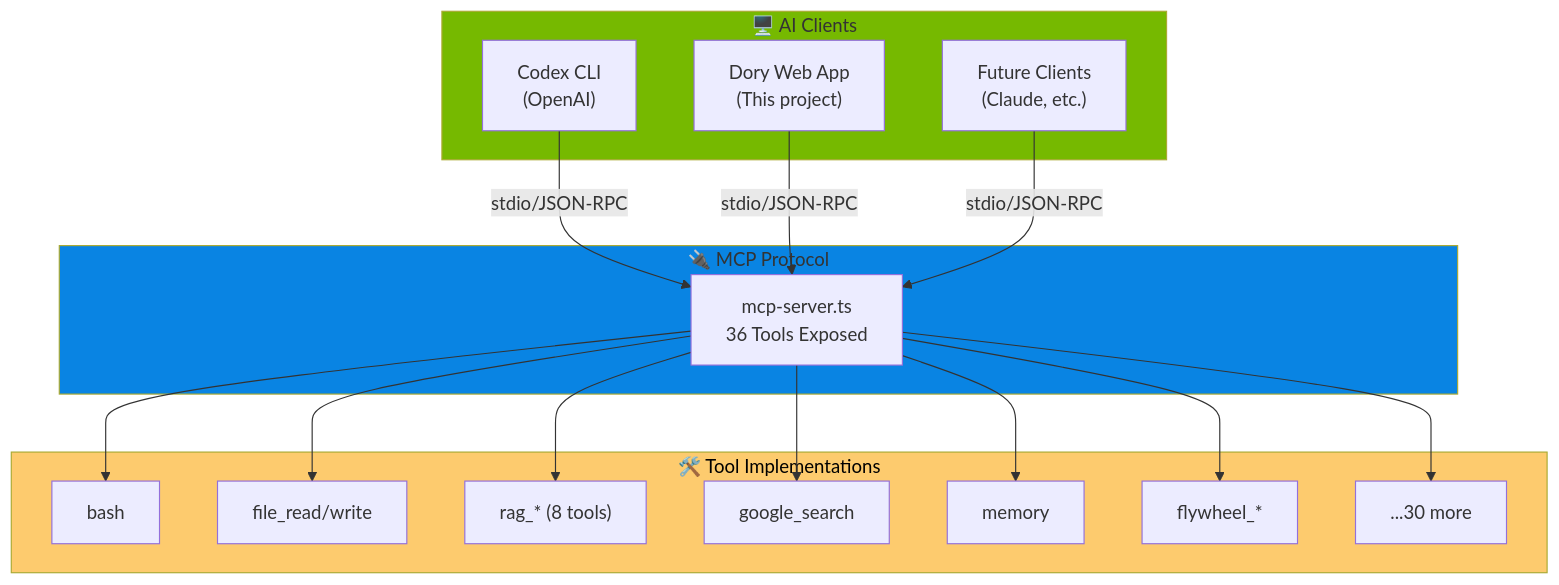
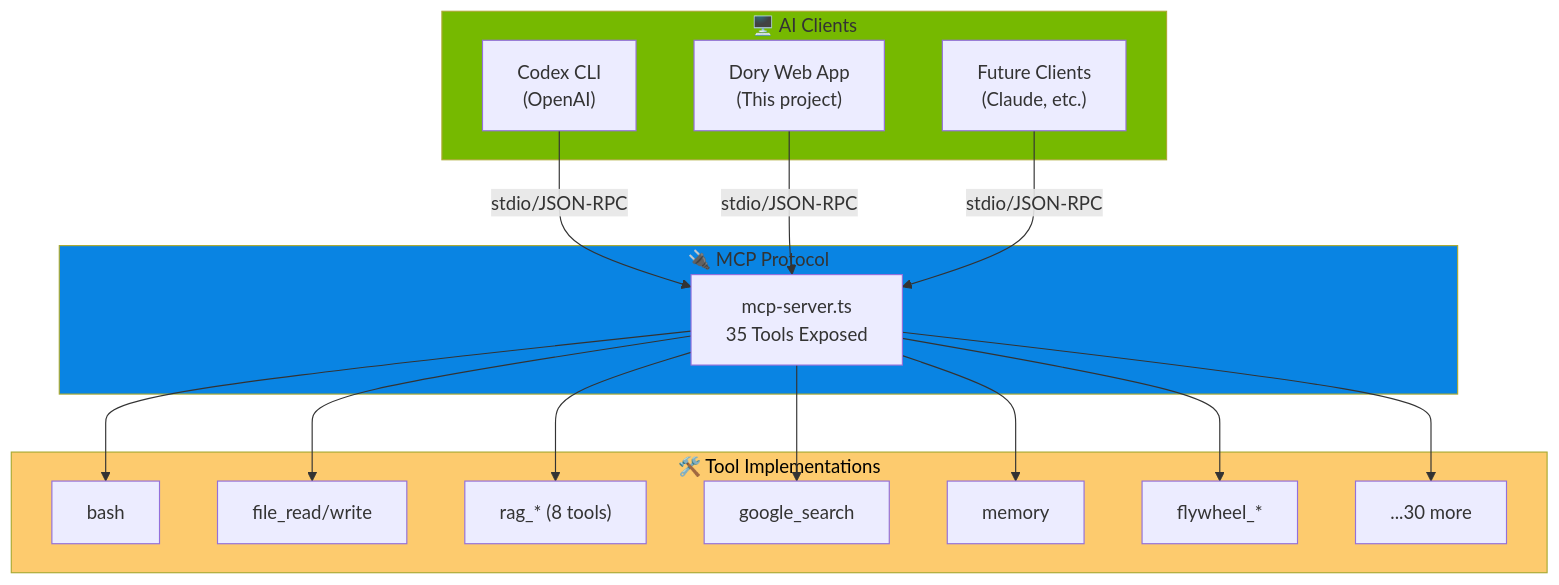
One commit to caser-legal/nvidia-cli changed the eighth of 8 diagrams in README.md. Above: the diagram before and after it, drawn with Mermaid. The commit also changed other lines of this file and 6 other files, not shown here.

````diff
--- a/README.md
+++ b/README.md
@@ -1358,38 +1428,38 @@
 ```mermaid
 flowchart TB
     subgraph Clients["🖥️ AI Clients"]
         CODEX["Codex CLI<br/>(OpenAI)"]
         DORY["Dory Web App<br/>(This project)"]
         FUTURE["Future Clients<br/>(Claude, etc.)"]
     end
 
     subgraph MCP["🔌 MCP Protocol"]
-        SERVER["mcp-server.ts<br/>36 Tools Exposed"]
+        SERVER["mcp-server.ts<br/>35 Tools Exposed"]
     end
 
     subgraph Tools["🛠️ Tool Implementations"]
         BASH["bash"]
         FILE["file_read/write"]
         RAG["rag_* (8 tools)"]
         SEARCH["google_search"]
         MEMORY["memory"]
         FLYWHEEL["flywheel_*"]
         MORE["...30 more"]
     end
 
     CODEX -->|"stdio/JSON-RPC"| SERVER
     DORY -->|"stdio/JSON-RPC"| SERVER
     FUTURE -->|"stdio/JSON-RPC"| SERVER
 
     SERVER --> BASH
     SERVER --> FILE
     SERVER --> RAG
     SERVER --> SEARCH
     SERVER --> MEMORY
     SERVER --> FLYWHEEL
     SERVER --> MORE
 
     style Clients fill:#76b900
     style MCP fill:#0984e3
     style Tools fill:#fdcb6e,color:#000
 ```
````
